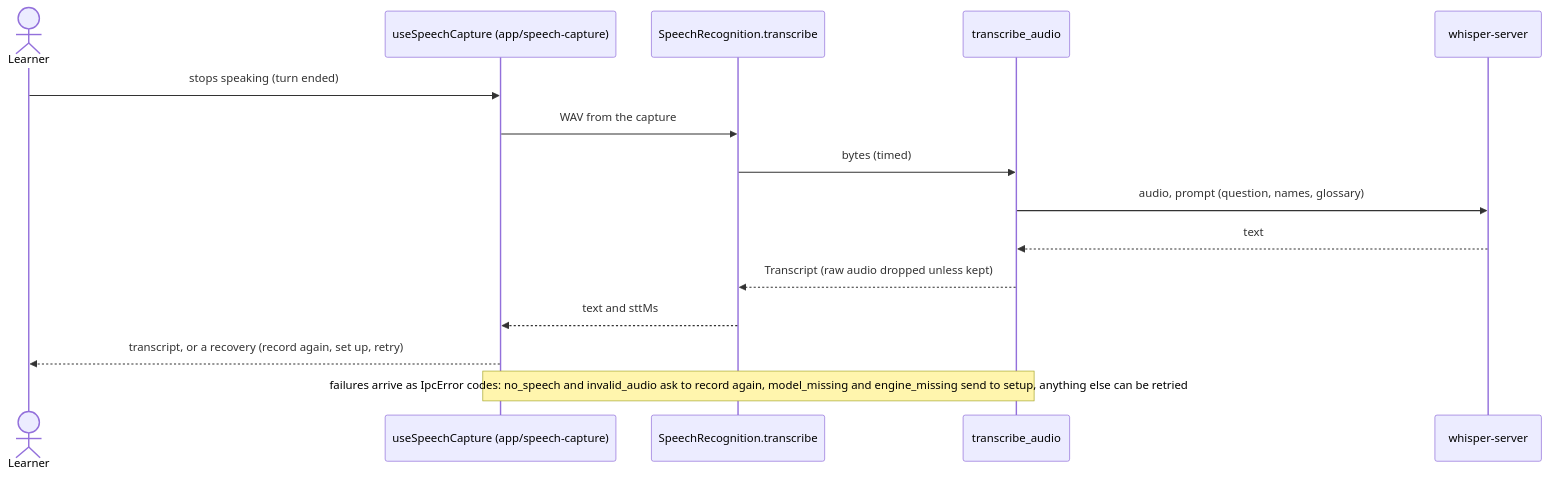
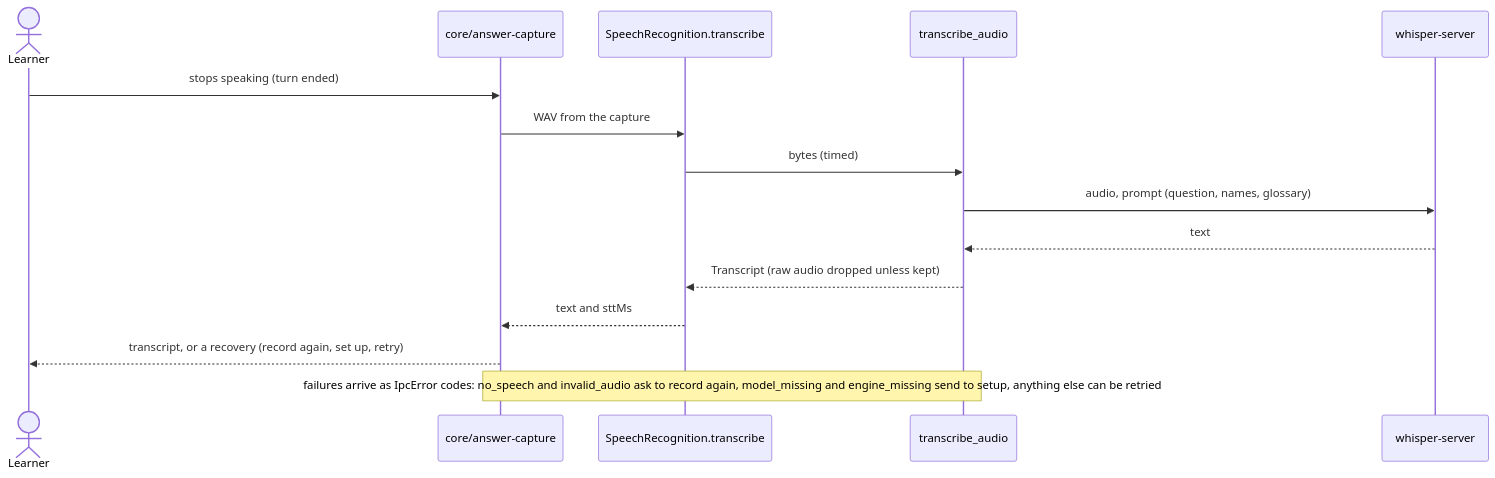
The sixth of 8 diagrams in src/core/speech/flow.md (oleksii-latyshev/english-trainer), drawn with Mermaid before and after one commit. The commit also changed other lines of this file and 254 other files, not shown here.

````diff
--- a/src/core/speech/flow.md
+++ b/src/core/speech/flow.md
@@ -136,18 +136,18 @@
 ```mermaid
 sequenceDiagram
     actor Learner
-    participant Hook as useSpeechCapture (app/speech-capture)
+    participant Hook as core/answer-capture
     participant Rec as SpeechRecognition.transcribe
     participant Rust as transcribe_audio
     participant Whisper as whisper-server
 
     Learner->>Hook: stops speaking (turn ended)
     Hook->>Rec: WAV from the capture
     Rec->>Rust: bytes (timed)
     Rust->>Whisper: audio, prompt (question, names, glossary)
     Whisper-->>Rust: text
     Rust-->>Rec: Transcript (raw audio dropped unless kept)
     Rec-->>Hook: text and sttMs
     Hook-->>Learner: transcript, or a recovery (record again, set up, retry)
     Note over Rust,Hook: failures arrive as IpcError codes: no_speech and invalid_audio ask to record again, model_missing and engine_missing send to setup, anything else can be retried
 ```
````
